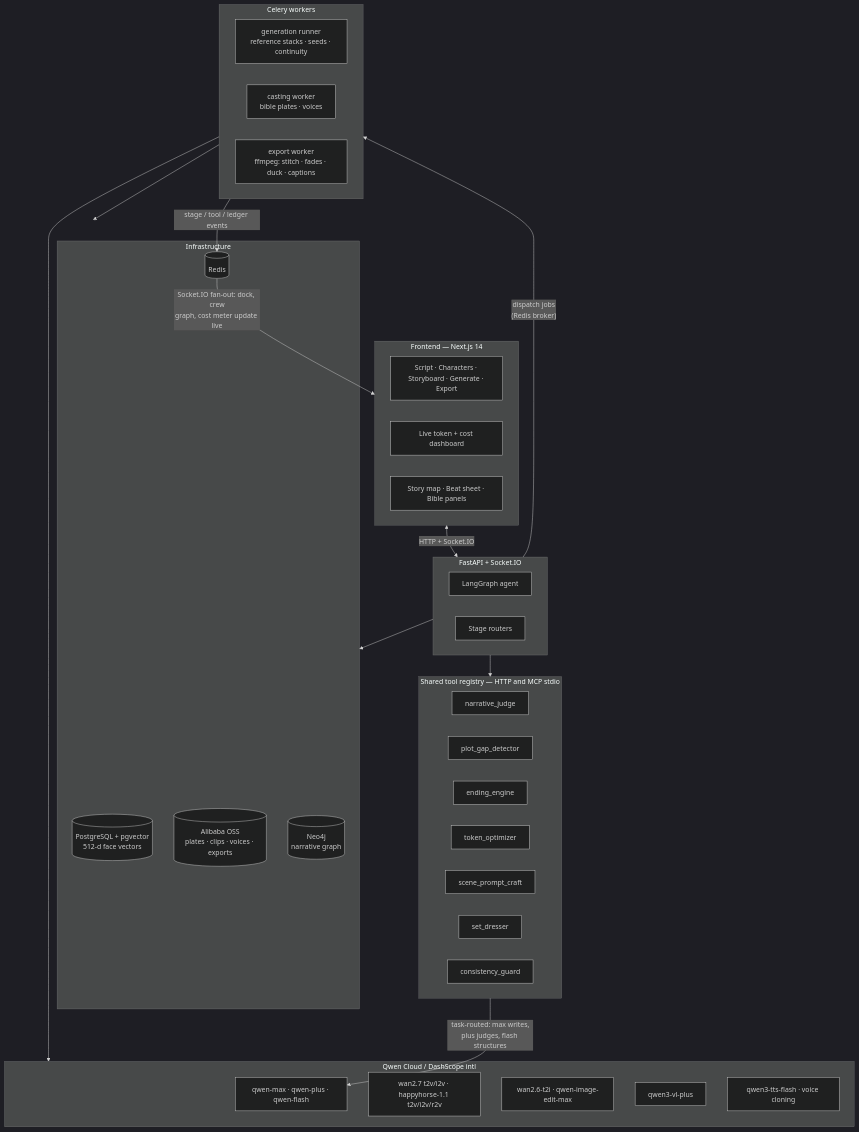
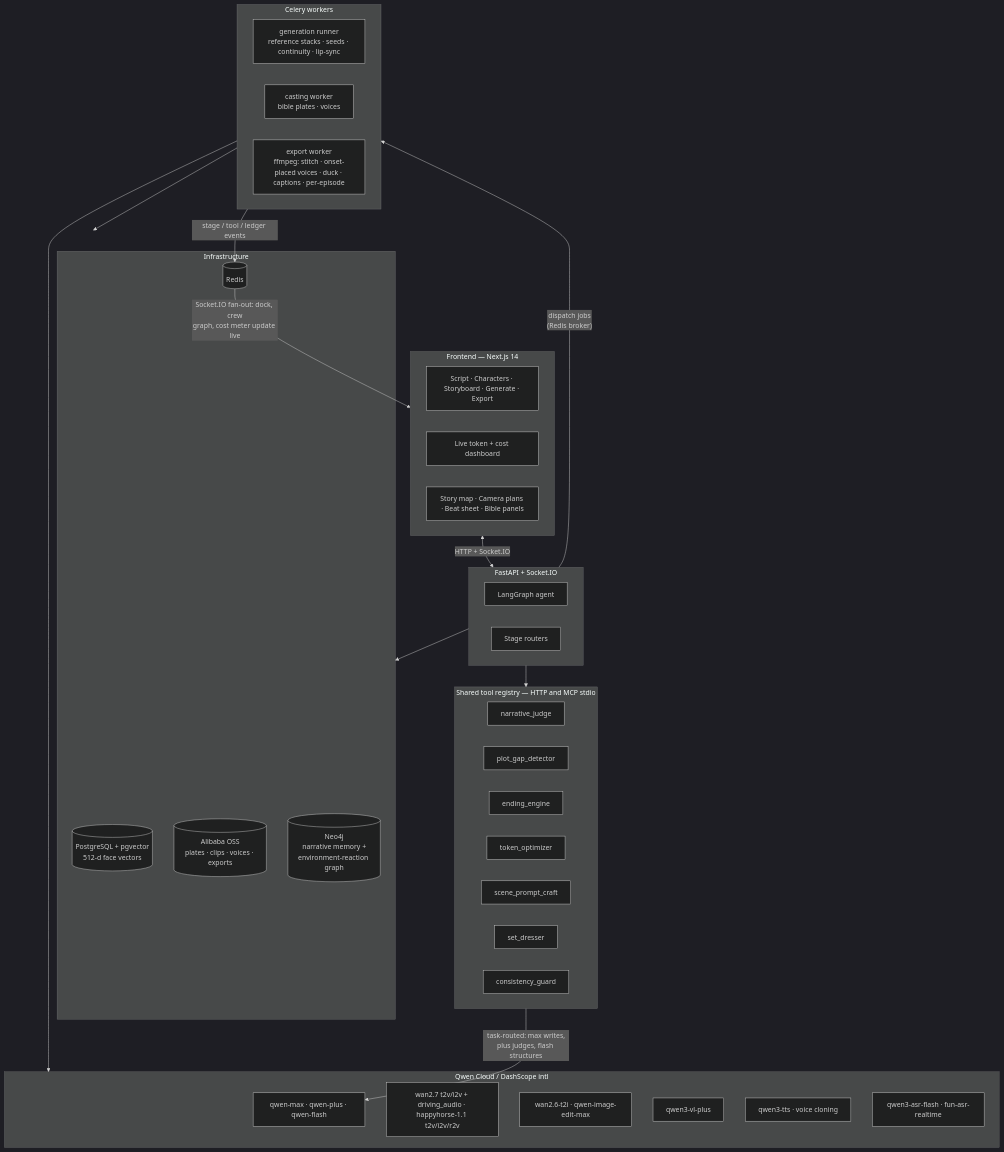
The second of 3 diagrams in README.md (RextonRZ/Rexgent), drawn with Mermaid (dark theme) before and after one commit. The commit also changed other lines of this file, not shown here.

````diff
--- a/README.md
+++ b/README.md
@@ -84,44 +176,45 @@
 ```mermaid
 flowchart TB
     subgraph FE[Frontend — Next.js 14]
         UI[Script · Characters · Storyboard · Generate · Export]
         TD[Live token + cost dashboard]
-        SM[Story map · Beat sheet · Bible panels]
+        SM[Story map · Camera plans · Beat sheet · Bible panels]
     end
     FE <-- "HTTP + Socket.IO" --> API
 
     subgraph API[FastAPI + Socket.IO]
         AG[LangGraph agent]
         RT[Stage routers]
     end
 
     subgraph TOOLS[Shared tool registry — HTTP and MCP stdio]
         NJ[narrative_judge] & PG[plot_gap_detector] & EE[ending_engine]
         TO[token_optimizer] & SP[scene_prompt_craft] & SD[set_dresser] & CG[consistency_guard]
     end
     API --> TOOLS
 
     subgraph WK[Celery workers]
-        GEN[generation runner<br/>reference stacks · seeds · continuity]
+        GEN[generation runner<br/>reference stacks · seeds · continuity · lip-sync]
         CASTW[casting worker<br/>bible plates · voices]
-        EXP[export worker<br/>ffmpeg: stitch · fades · duck · captions]
+        EXP[export worker<br/>ffmpeg: stitch · onset-placed voices · duck · captions · per-episode]
     end
     API -- "dispatch jobs<br/>(Redis broker)" --> WK
 
     subgraph QWEN[Qwen Cloud / DashScope intl]
         LLM[qwen-max · qwen-plus · qwen-flash]
-        VID[wan2.7 t2v/i2v · happyhorse-1.1 t2v/i2v/r2v]
+        VID[wan2.7 t2v/i2v + driving_audio · happyhorse-1.1 t2v/i2v/r2v]
         IMG[wan2.6-t2i · qwen-image-edit-max]
-        VL[qwen3-vl-plus] & TTS[qwen3-tts-flash · voice cloning]
+        VL[qwen3-vl-plus] & TTS[qwen3-tts · voice cloning]
+        ASR[qwen3-asr-flash · fun-asr-realtime]
     end
     TOOLS -- "task-routed: max writes,<br/>plus judges, flash structures" --> LLM
     WK --> QWEN
 
     subgraph INFRA[Infrastructure]
-        PG2[(PostgreSQL + pgvector<br/>512-d face vectors)] & RD[(Redis)] & OSS[(Alibaba OSS<br/>plates · clips · voices · exports)] & N4J[(Neo4j<br/>narrative graph)]
+        PG2[(PostgreSQL + pgvector<br/>512-d face vectors)] & RD[(Redis)] & OSS[(Alibaba OSS<br/>plates · clips · voices · exports)] & N4J[(Neo4j<br/>narrative memory +<br/>environment-reaction graph)]
     end
     API --> INFRA
     WK --> INFRA
     WK -- "stage / tool / ledger events" --> RD
     RD -- "Socket.IO fan-out: dock, crew<br/>graph, cost meter update live" --> FE
 ```
````
